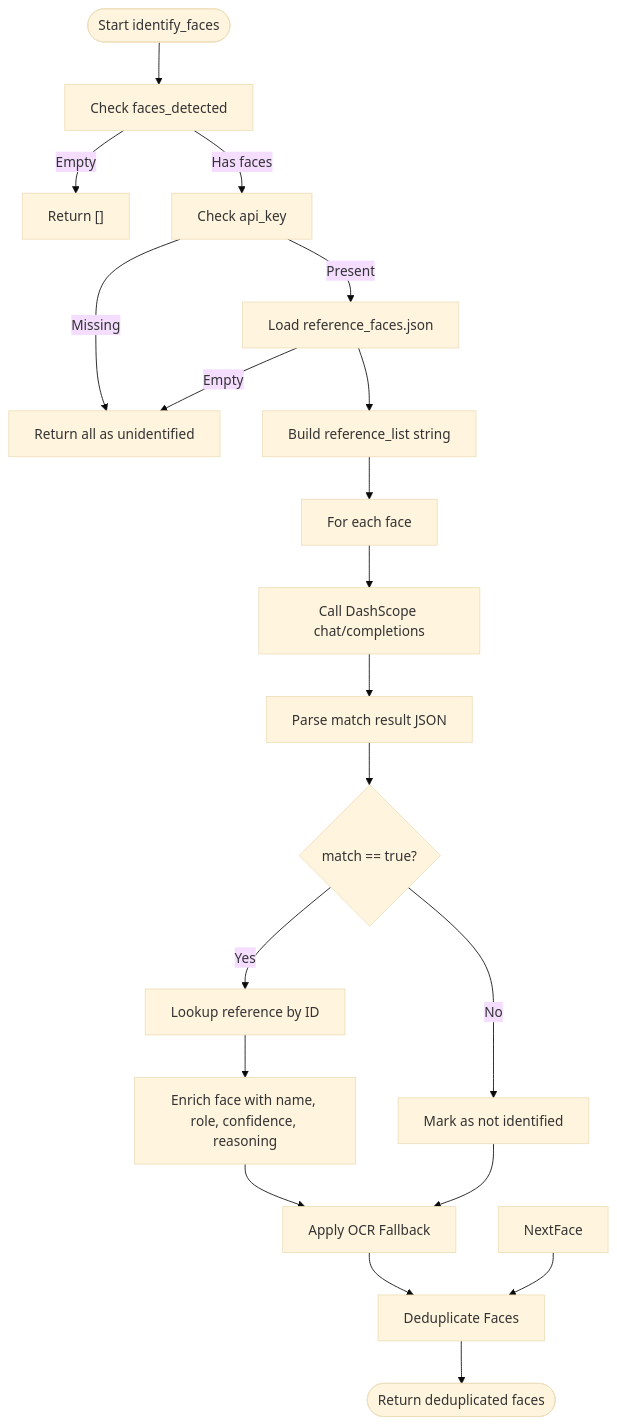
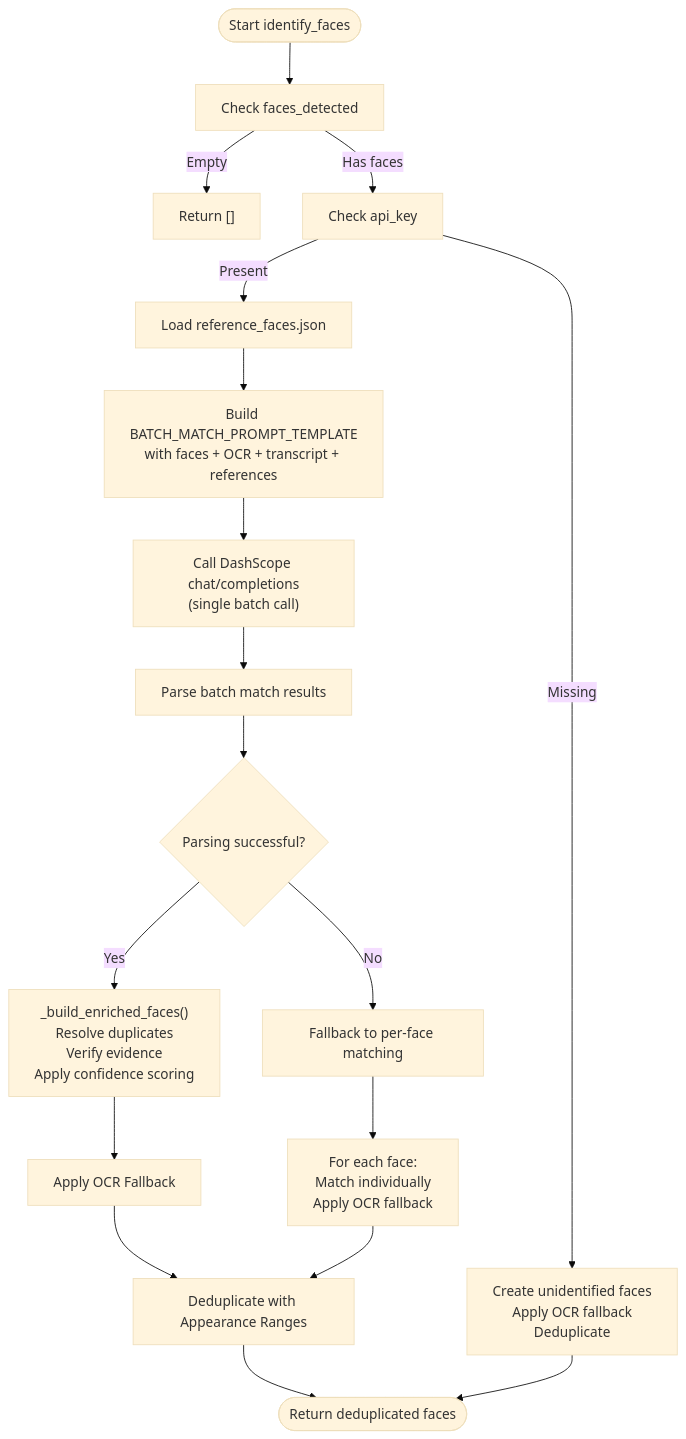
Before and after one commit to alexandreybasta-cyber/dubai-media-ai: the third of 5 diagrams in .qoder/repowiki/en/content/Media Processing Pipeline/Face Recognition Stage.md, drawn with Mermaid (base theme). The commit also changed other lines of this file and 49 other files, not shown here.

````diff
--- a/.qoder/repowiki/en/content/Media Processing Pipeline/Face Recognition Stage.md
+++ b/.qoder/repowiki/en/content/Media Processing Pipeline/Face Recognition Stage.md
@@ -135,22 +151,20 @@
 ```mermaid
 flowchart TD
 Start(["Start identify_faces"]) --> CheckFaces["Check faces_detected"]
 CheckFaces --> |Empty| ReturnEmpty["Return []"]
 CheckFaces --> |Has faces| CheckKey["Check api_key"]
-CheckKey --> |Missing| ReturnUnidentified["Return all as unidentified"]
+CheckKey --> |Missing| FallbackPath["Create unidentified faces<br/>Apply OCR fallback<br/>Deduplicate"]
 CheckKey --> |Present| LoadRefs["Load reference_faces.json"]
-LoadRefs --> |Empty| ReturnUnidentified
-LoadRefs --> BuildPrompt["Build reference_list string"]
-BuildPrompt --> LoopFaces["For each face"]
-LoopFaces --> CallAPI["Call DashScope chat/completions"]
-CallAPI --> ParseResp["Parse match result JSON"]
-ParseResp --> HasMatch{"match == true?"}
-HasMatch --> |Yes| LookupRef["Lookup reference by ID"]
-LookupRef --> Enrich["Enrich face with name, role, confidence, reasoning"]
-HasMatch --> |No| MarkUnidentified["Mark as not identified"]
-Enrich --> ApplyFallback["Apply OCR Fallback"]
-MarkUnidentified --> ApplyFallback
-ApplyFallback --> Deduplicate["Deduplicate Faces"]
-NextFace --> Deduplicate
+LoadRefs --> BuildPrompt["Build BATCH_MATCH_PROMPT_TEMPLATE<br/>with faces + OCR + transcript + references"]
+BuildPrompt --> CallBatchAPI["Call DashScope chat/completions<br/>(single batch call)"]
+CallBatchAPI --> ParseBatchResp["Parse batch match results"]
+ParseBatchResp --> HasResults{"Parsing successful?"}
+HasResults --> |Yes| BuildEnriched["_build_enriched_faces()<br/>Resolve duplicates<br/>Verify evidence<br/>Apply confidence scoring"]
+HasResults --> |No| FallbackToSingle["Fallback to per-face matching"]
+BuildEnriched --> ApplyOCR["Apply OCR Fallback"]
+ApplyOCR --> Deduplicate["Deduplicate with Appearance Ranges"]
 Deduplicate --> Done(["Return deduplicated faces"])
+FallbackToSingle --> PerFaceLoop["For each face:<br/>Match individually<br/>Apply OCR fallback"]
+PerFaceLoop --> Deduplicate
+FallbackPath --> Done
 ```
````
